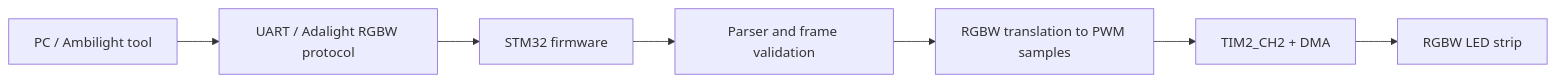
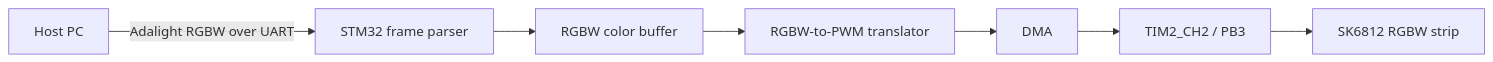
The diagram in stm32_ambilight/docs/TECHNICAL_DOCUMENTATION.md (anhenaobe/STM32-Ambilight-Driver-Zephyr-CMSIS-), drawn with Mermaid before and after one commit. The commit also changed other lines of this file and 19 other files, not shown here.

````diff
--- a/stm32_ambilight/docs/TECHNICAL_DOCUMENTATION.md
+++ b/stm32_ambilight/docs/TECHNICAL_DOCUMENTATION.md
@@ -31,9 +18,9 @@
 ```mermaid
 flowchart LR
-    PC["PC / Ambilight tool"] --> COMM["UART / Adalight RGBW protocol"]
-    COMM --> FW["STM32 firmware"]
-    FW --> PARSER["Parser and frame validation"]
-    PARSER --> PROC["RGBW translation to PWM samples"]
-    PROC --> CTRL["TIM2_CH2 + DMA"]
-    CTRL --> LED["RGBW LED strip"]
+    HOST["Host PC"] -->|"Adalight RGBW over UART"| PARSER["STM32 frame parser"]
+    PARSER --> RGBW["RGBW color buffer"]
+    RGBW --> PWM["RGBW-to-PWM translator"]
+    PWM --> DMA["DMA"]
+    DMA --> TIM2["TIM2_CH2 / PB3"]
+    TIM2 --> STRIP["SK6812 RGBW strip"]
 ```
````
